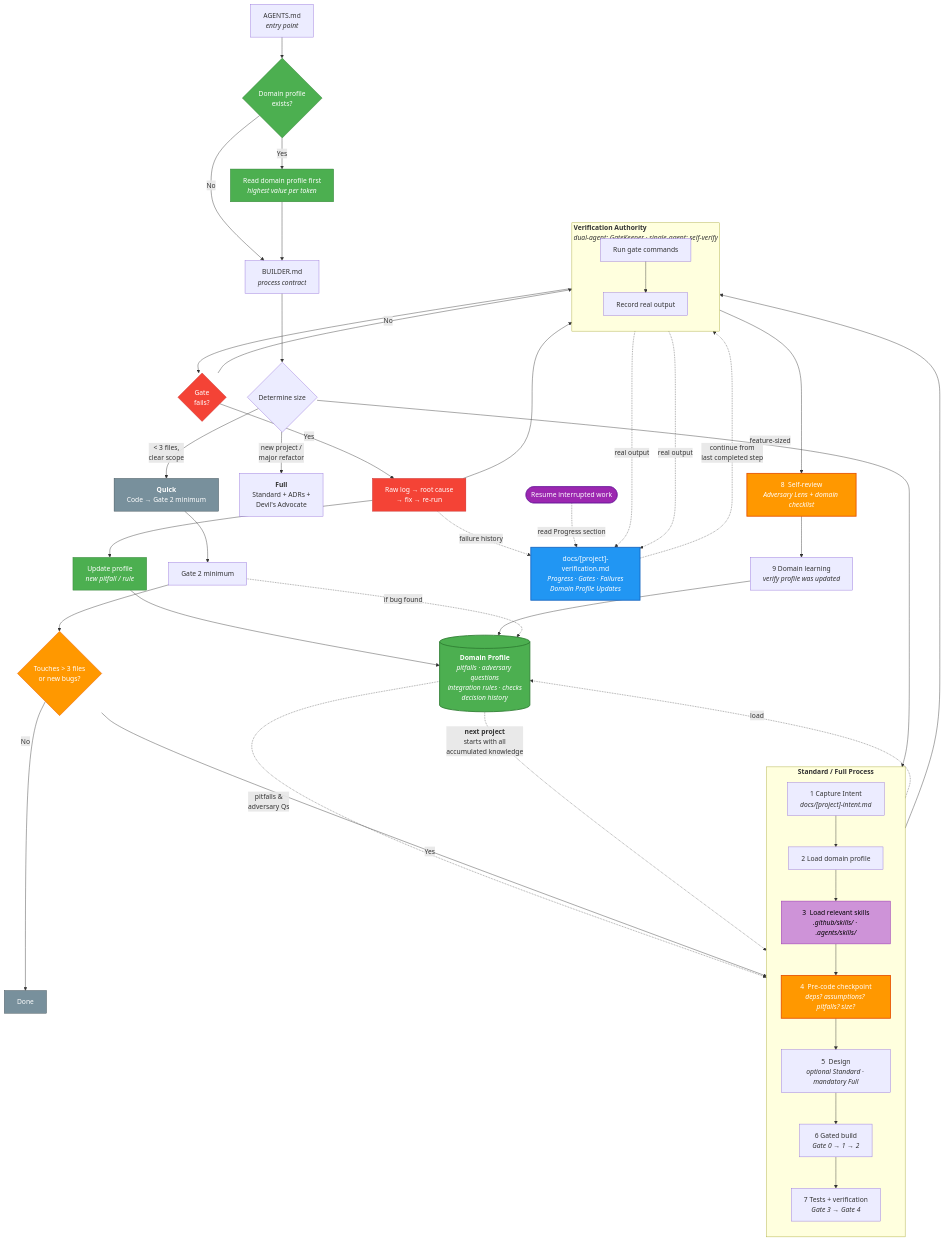
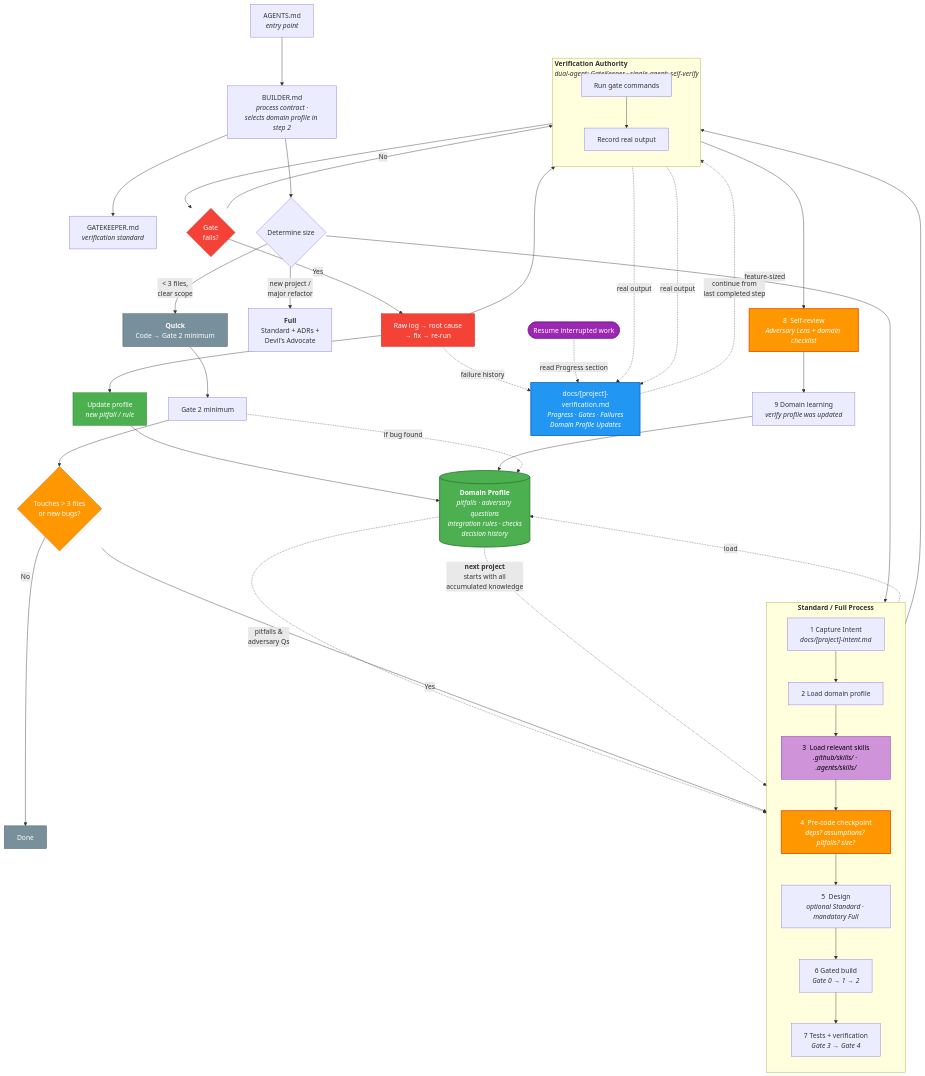
Before and after one commit to oscarmarina/agent-kit: the diagram in README.md, drawn with Mermaid. The commit also changed other lines of this file and 7 other files, not shown here.

First line of the commit message:
docs: align downstream docs with BUILDER-first reading order

```diff
--- a/README.md
+++ b/README.md
@@ -19,11 +19,8 @@
 graph TB
     %% ── Entry & Reading Order ──
     AGENTS["AGENTS.md<br/><i>entry point</i>"]
-    HAS_PROFILE{"Domain profile<br/>exists?"}
-    AGENTS --> HAS_PROFILE
-    HAS_PROFILE -->|"Yes"| READ_PROFILE["Read domain profile first<br/><i>highest value per token</i>"]
-    HAS_PROFILE -->|"No"| BUILDER
-    READ_PROFILE --> BUILDER["BUILDER.md<br/><i>process contract</i>"]
+    AGENTS --> BUILDER["BUILDER.md<br/><i>process contract ·<br/>selects domain profile in step 2</i>"]
+    BUILDER --> GATEKEEPER["GATEKEEPER.md<br/><i>verification standard</i>"]
 
     %% ── Sizing ──
     BUILDER --> SIZE{Determine size}
@@ -110,8 +107,6 @@
     style FIX fill:#f44336,color:#fff,stroke:#c62828
     style UPDATE_PROFILE fill:#4CAF50,color:#fff,stroke:#2E7D32
     style LOAD_SKILLS fill:#CE93D8,color:#000,stroke:#8E24AA,stroke-width:1px
-    style HAS_PROFILE fill:#4CAF50,color:#fff,stroke:#2E7D32
-    style READ_PROFILE fill:#4CAF50,color:#fff,stroke:#2E7D32
     style RESUME fill:#9C27B0,color:#fff,stroke:#6A1B9A
     style QUICK fill:#78909C,color:#fff,stroke:#37474F
     style QUICK_DONE fill:#78909C,color:#fff,stroke:#37474F
```
